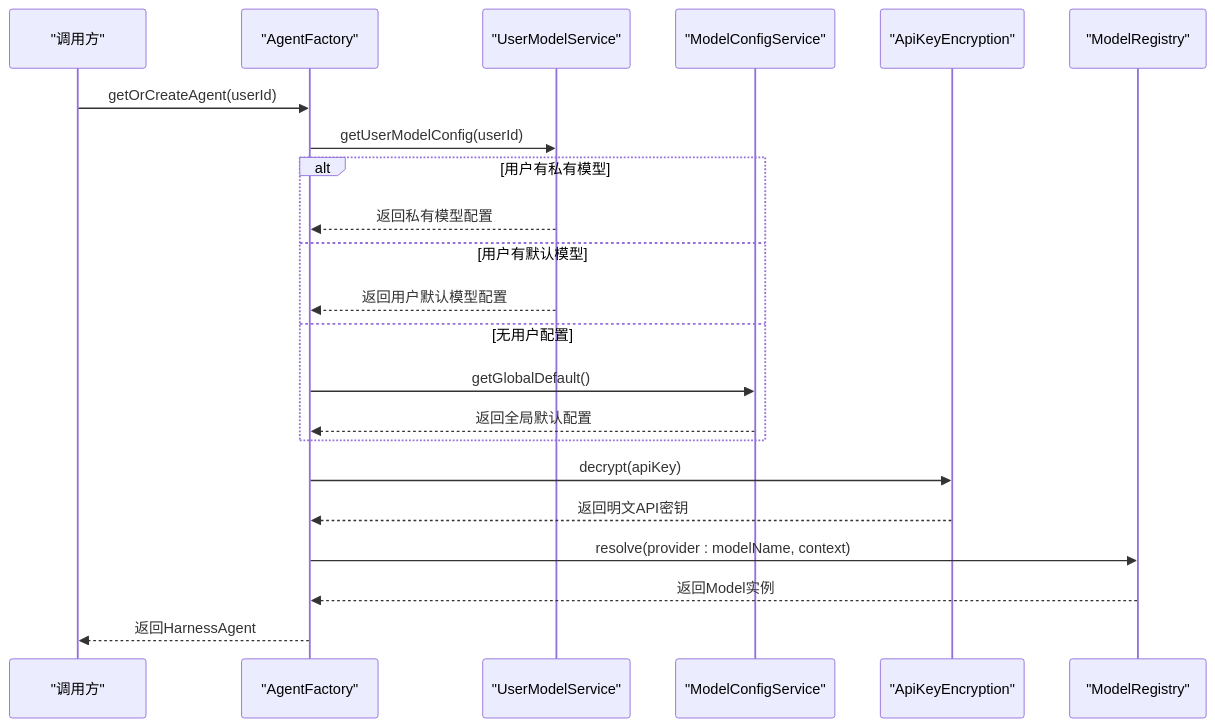
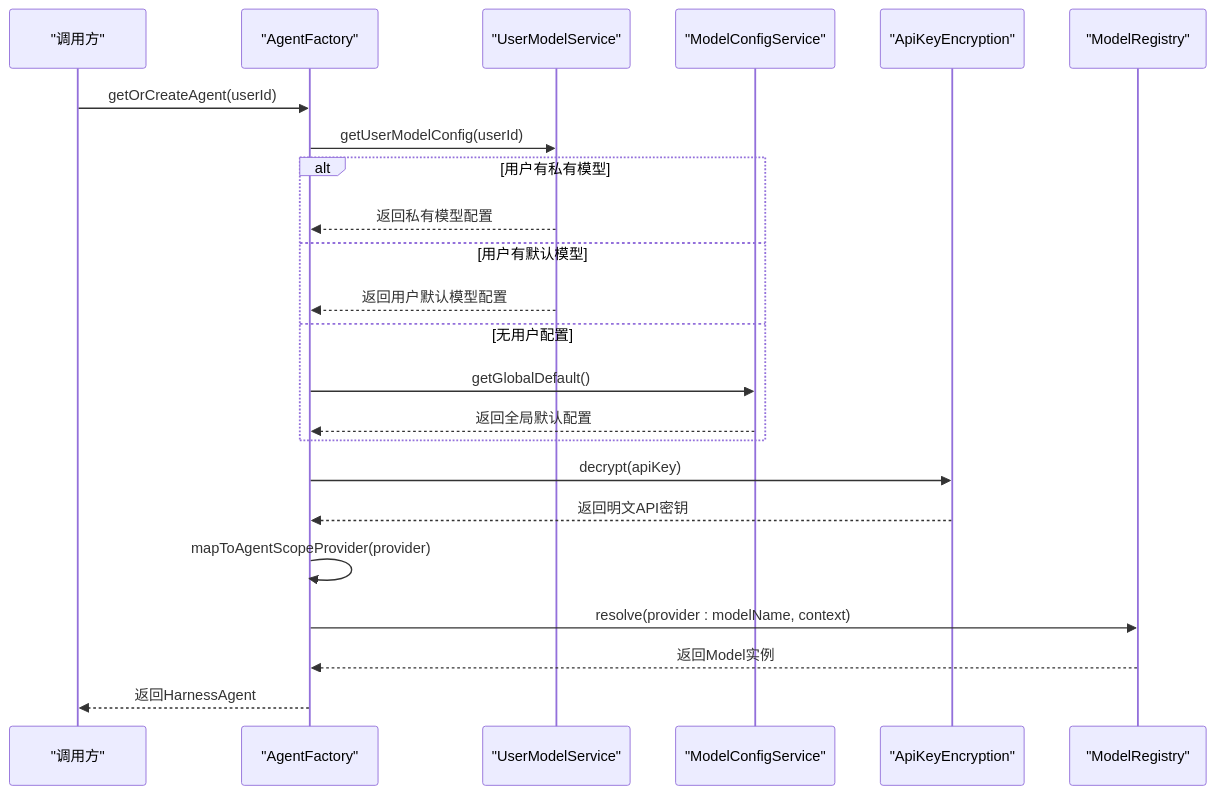
One commit to Miss-zhi/OfferPilot changed the second of 7 diagrams in .qoder/repowiki/zh/content/Spring Boot 集成架构.md. Above: the diagram before and after it, drawn with Mermaid. The commit also changed other lines of this file and 115 other files, not shown here.

````diff
--- a/.qoder/repowiki/zh/content/Spring Boot 集成架构.md
+++ b/.qoder/repowiki/zh/content/Spring Boot 集成架构.md
@@ -143,24 +161,25 @@
 ```mermaid
 sequenceDiagram
 participant Client as "调用方"
 participant Factory as "AgentFactory"
 participant UserModelSvc as "UserModelService"
 participant ModelConfigSvc as "ModelConfigService"
 participant Encryption as "ApiKeyEncryption"
 participant Registry as "ModelRegistry"
 Client->>Factory : getOrCreateAgent(userId)
 Factory->>UserModelSvc : getUserModelConfig(userId)
 alt 用户有私有模型
 UserModelSvc-->>Factory : 返回私有模型配置
 else 用户有默认模型
 UserModelSvc-->>Factory : 返回用户默认模型配置
 else 无用户配置
 Factory->>ModelConfigSvc : getGlobalDefault()
 ModelConfigSvc-->>Factory : 返回全局默认配置
 end
 Factory->>Encryption : decrypt(apiKey)
 Encryption-->>Factory : 返回明文API密钥
+Factory->>Factory : mapToAgentScopeProvider(provider)
 Factory->>Registry : resolve(provider : modelName, context)
 Registry-->>Factory : 返回Model实例
 Factory-->>Client : 返回HarnessAgent
 ```
````
